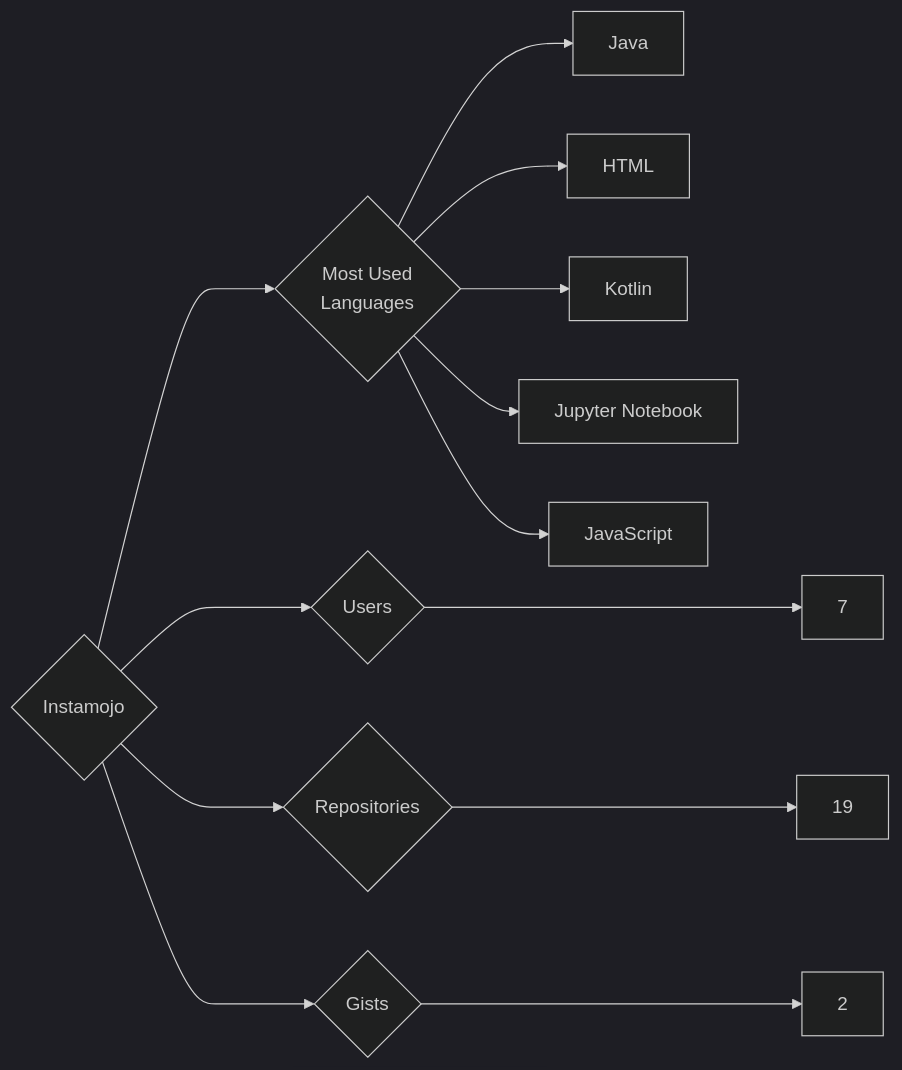
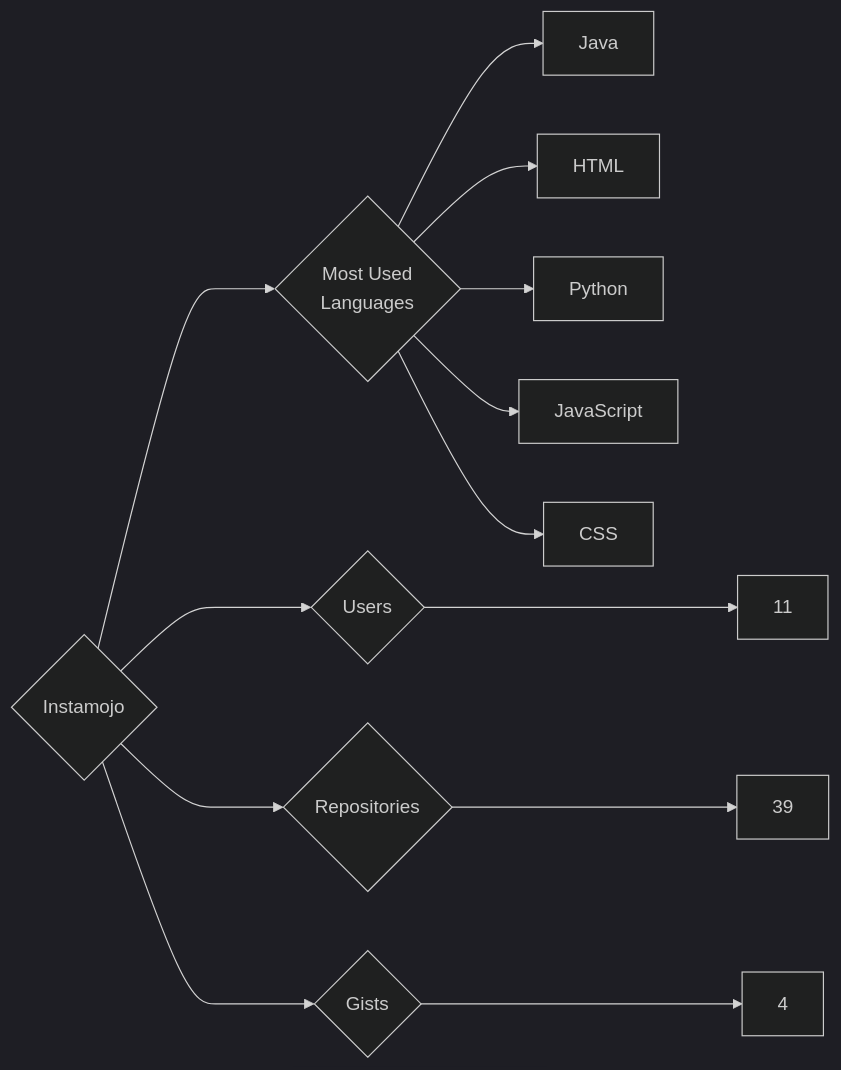
The diagram in targets/Instamojo/README.md (trickest/insiders), drawn with Mermaid (dark theme) before and after one commit. The commit also changed 559 other files, not shown here.

````diff
--- a/targets/Instamojo/README.md
+++ b/targets/Instamojo/README.md
@@ -3,13 +3,13 @@
 ```mermaid
 graph LR
 COMPANY_NAME{Instamojo}
-COMPANY_NAME ---> U{Users} ---> UN[7]
-COMPANY_NAME ---> R{Repositories} ---> RN[19]
-COMPANY_NAME ---> G{Gists} ---> GN[2]
+COMPANY_NAME ---> U{Users} ---> UN[11]
+COMPANY_NAME ---> R{Repositories} ---> RN[39]
+COMPANY_NAME ---> G{Gists} ---> GN[4]
 COMPANY_NAME ---> ML{Most Used<br>Languages}
 ML --> Java[Java]
 ML --> HTML[HTML]
-ML --> Kotlin[Kotlin]
-ML --> Jupyter_Notebook[Jupyter Notebook]
+ML --> Python[Python]
 ML --> JavaScript[JavaScript]
+ML --> CSS[CSS]
 ```
````
